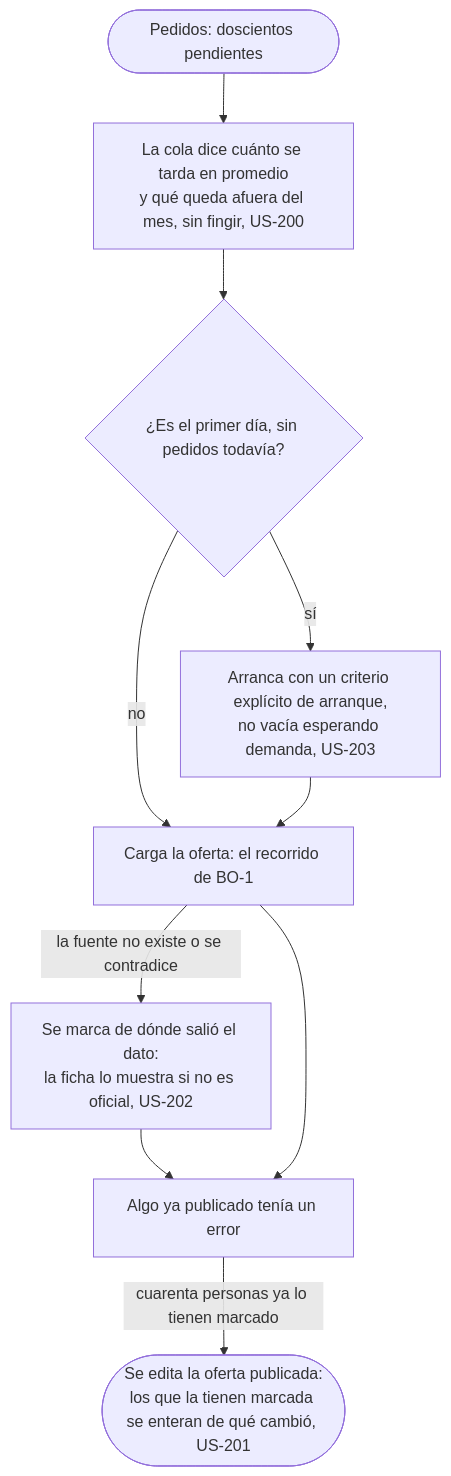
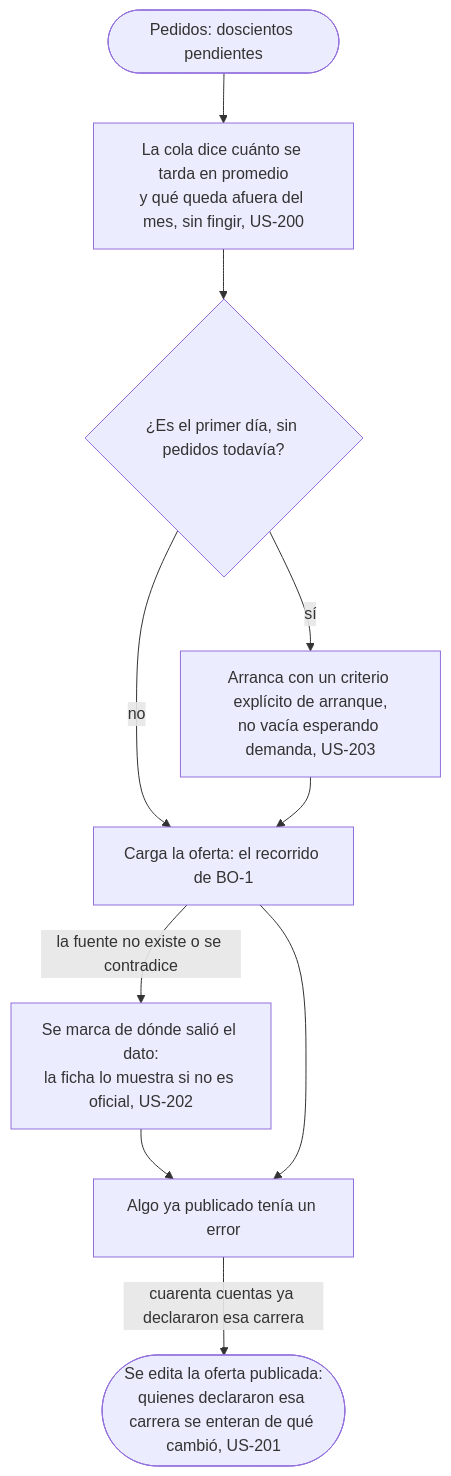
One commit to lucasidev/plan-b changed the fourth of 5 diagrams in docs/product/team/sustain-the-catalog/flow.md. Above: the diagram before and after it, drawn with Mermaid. The commit also changed other lines of this file and 47 other files, not shown here.

````diff
--- a/docs/product/team/sustain-the-catalog/flow.md
+++ b/docs/product/team/sustain-the-catalog/flow.md
@@ -54,12 +54,12 @@
 ```mermaid
 flowchart TD
   A([Pedidos: doscientos pendientes]) --> B[La cola dice cuánto se tarda en promedio<br/>y qué queda afuera del mes, sin fingir, US-200]
   B --> C{¿Es el primer día, sin pedidos todavía?}
   C -->|sí| C1[Arranca con un criterio explícito de arranque,<br/>no vacía esperando demanda, US-203]
   C -->|no| D[Carga la oferta: el recorrido de BO-1]
   C1 --> D
   D -->|la fuente no existe o se contradice| D1[Se marca de dónde salió el dato:<br/>la ficha lo muestra si no es oficial, US-202]
   D1 --> E
   D --> E[Algo ya publicado tenía un error]
-  E -->|cuarenta personas ya lo tienen marcado| F([Se edita la oferta publicada:<br/>los que la tienen marcada se enteran de qué cambió, US-201])
+  E -->|cuarenta cuentas ya declararon esa carrera| F([Se edita la oferta publicada:<br/>quienes declararon esa carrera se enteran de qué cambió, US-201])
 ```
````
